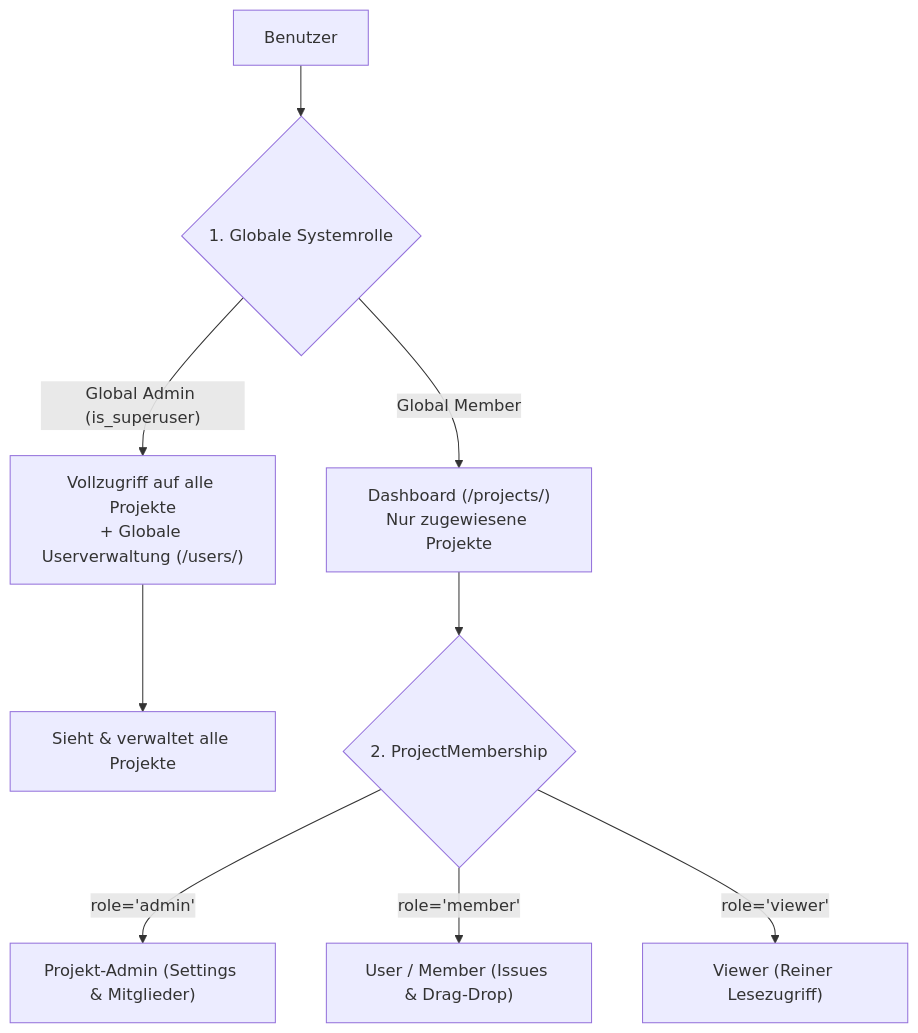
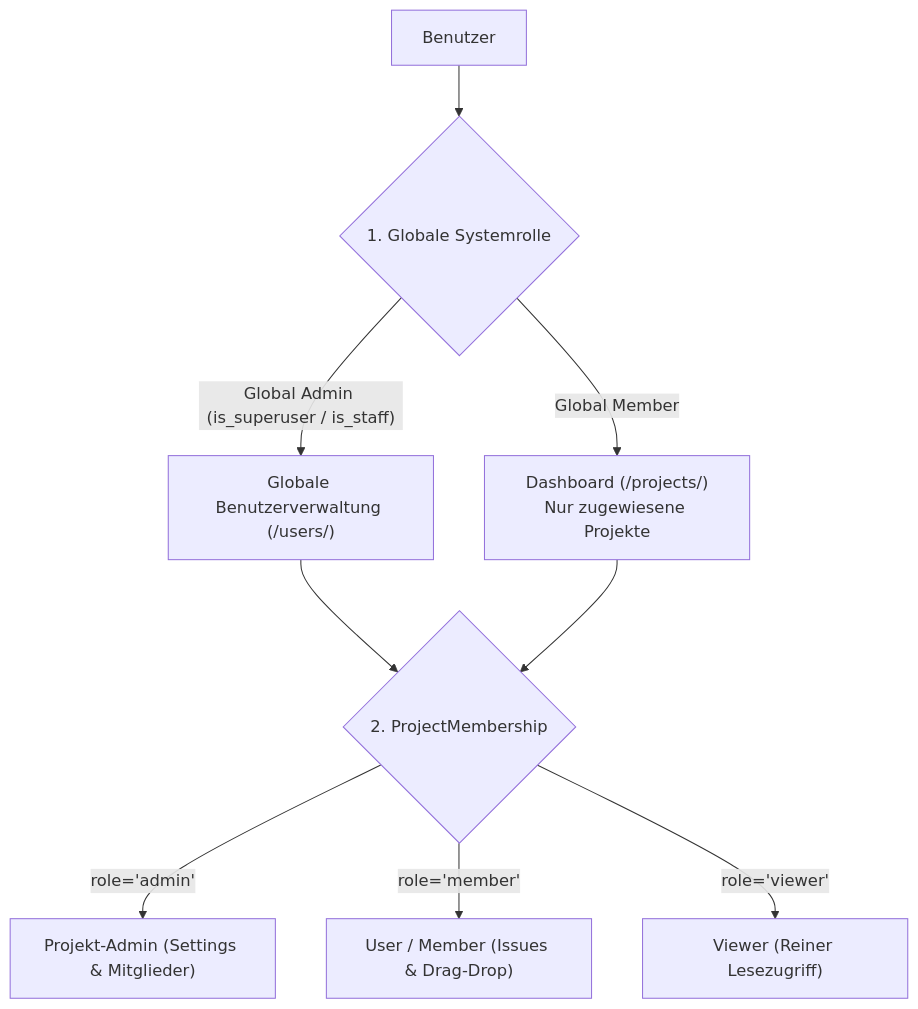
The diagram in PROJECT_CONTEXT.md (eschafellner/antidote-ng), drawn with Mermaid before and after one commit. The commit also changed other lines of this file and 55 other files, not shown here.

````diff
--- a/PROJECT_CONTEXT.md
+++ b/PROJECT_CONTEXT.md
@@ -23,13 +23,13 @@
 ```mermaid
 flowchart TD
     User["Benutzer"] --> Tier1{"1. Globale Systemrolle"}
-    Tier1 -->|"Global Admin (is_superuser)"| GAdmin["Vollzugriff auf alle Projekte<br>+ Globale Userverwaltung (/users/)"]
+    Tier1 -->|"Global Admin (is_superuser / is_staff)"| GAdmin["Globale Benutzerverwaltung (/users/)"]
     Tier1 -->|"Global Member"| GMember["Dashboard (/projects/)<br>Nur zugewiesene Projekte"]
     
-    GAdmin --> ProjectsAll["Sieht & verwaltet alle Projekte"]
+    GAdmin --> Tier2
     GMember --> Tier2{"2. ProjectMembership"}
     
     Tier2 -->|"role='admin'"| PAdmin["Projekt-Admin (Settings & Mitglieder)"]
     Tier2 -->|"role='member'"| PMember["User / Member (Issues & Drag-Drop)"]
     Tier2 -->|"role='viewer'"| PViewer["Viewer (Reiner Lesezugriff)"]
 ```
````
